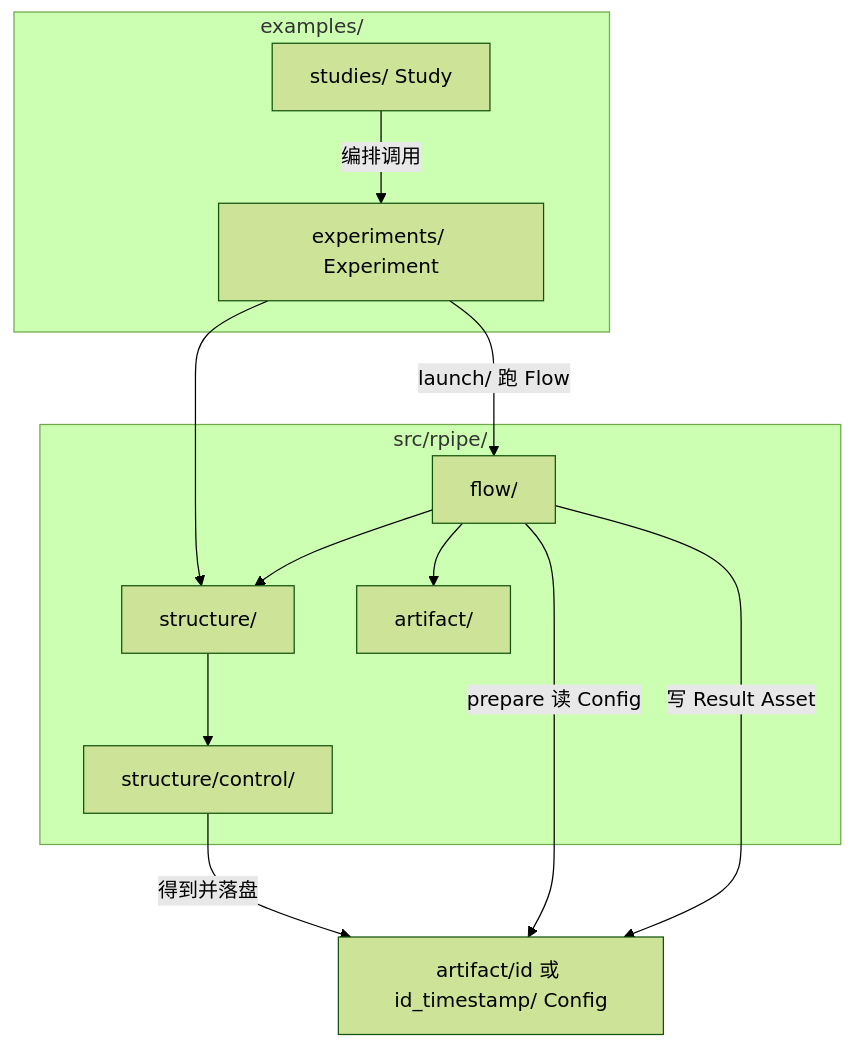
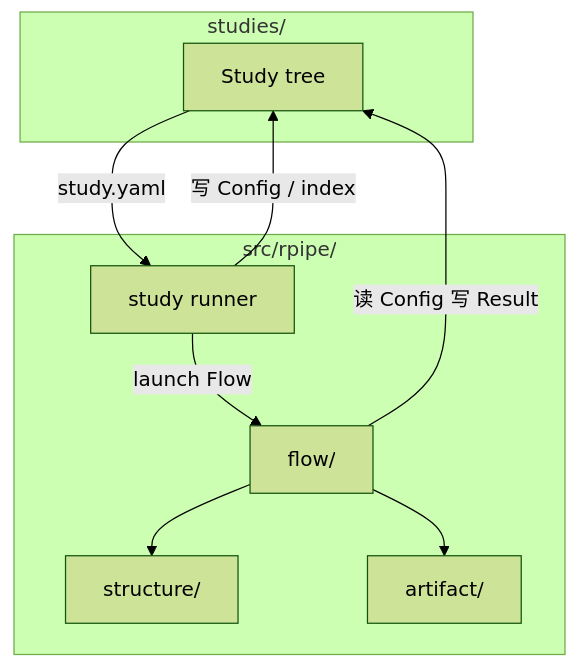
Before and after one commit to diaoenmao/RPipe: the diagram in docs/LAYOUT.md, drawn with Mermaid (forest theme). The commit also changed other lines of this file and 61 other files, not shown here.

First line of the commit message:
Move studies to top-level layout with Study runner and persist/process.

````diff
--- a/docs/LAYOUT.md
+++ b/docs/LAYOUT.md
@@ -40,22 +37,18 @@
 ```mermaid
 flowchart TB
-  subgraph examples [examples/]
-  studies[studies/ Study]
-  exps[experiments/ Experiment]
+  subgraph workspace [studies/]
+  study[Study tree]
   end
   subgraph lib [src/rpipe/]
+  study_pkg[study runner]
   structure[structure/]
-  control[structure/control/]
   flow[flow/]
   artifact_io[artifact/]
   end
-  studies -->|编排调用| exps
-  exps --> structure
-  structure --> control
-  control -->|得到并落盘| artifact_tree["artifact/id 或 id_timestamp/ Config"]
-  exps -->|launch/ 跑 Flow| flow
-  flow -->|prepare 读 Config| artifact_tree
-  flow -->|写 Result Asset| artifact_tree
+  study -->|study.yaml| study_pkg
+  study_pkg -->|写 Config / index| study
+  study_pkg -->|launch Flow| flow
   flow --> structure
   flow --> artifact_io
+  flow -->|读 Config 写 Result| study
 ```
````
